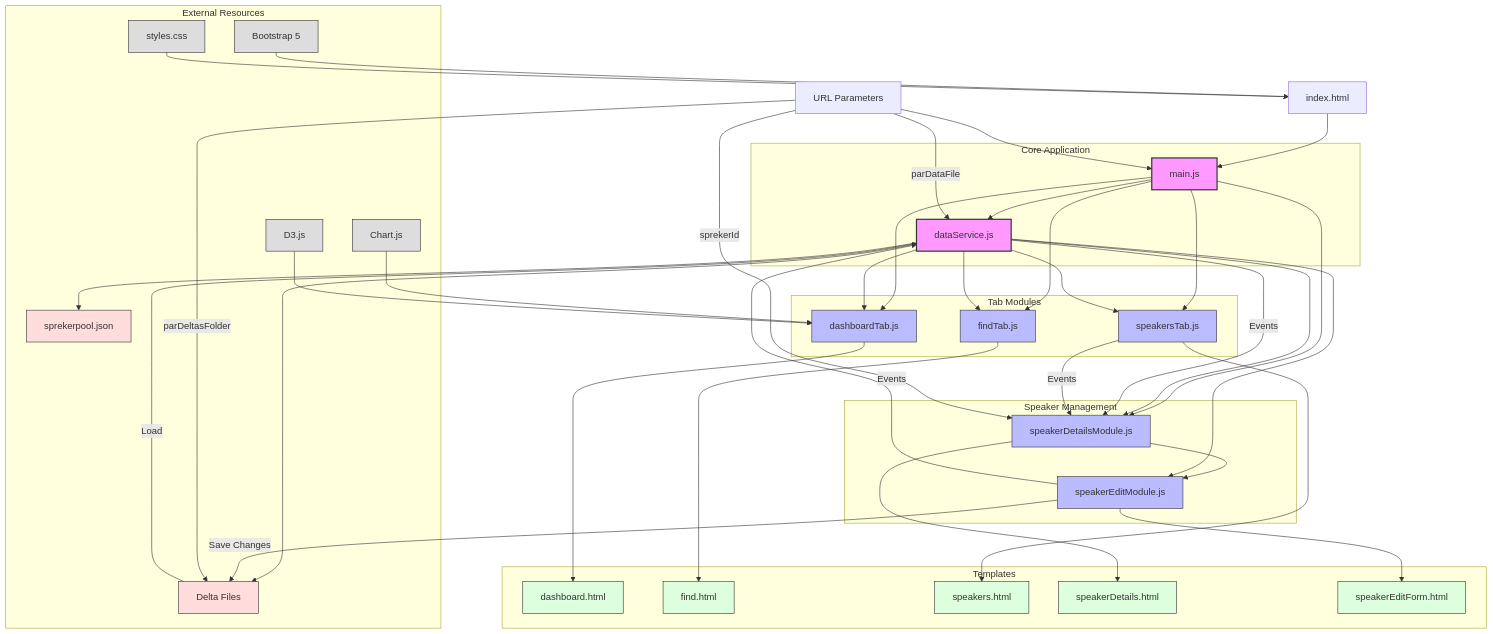
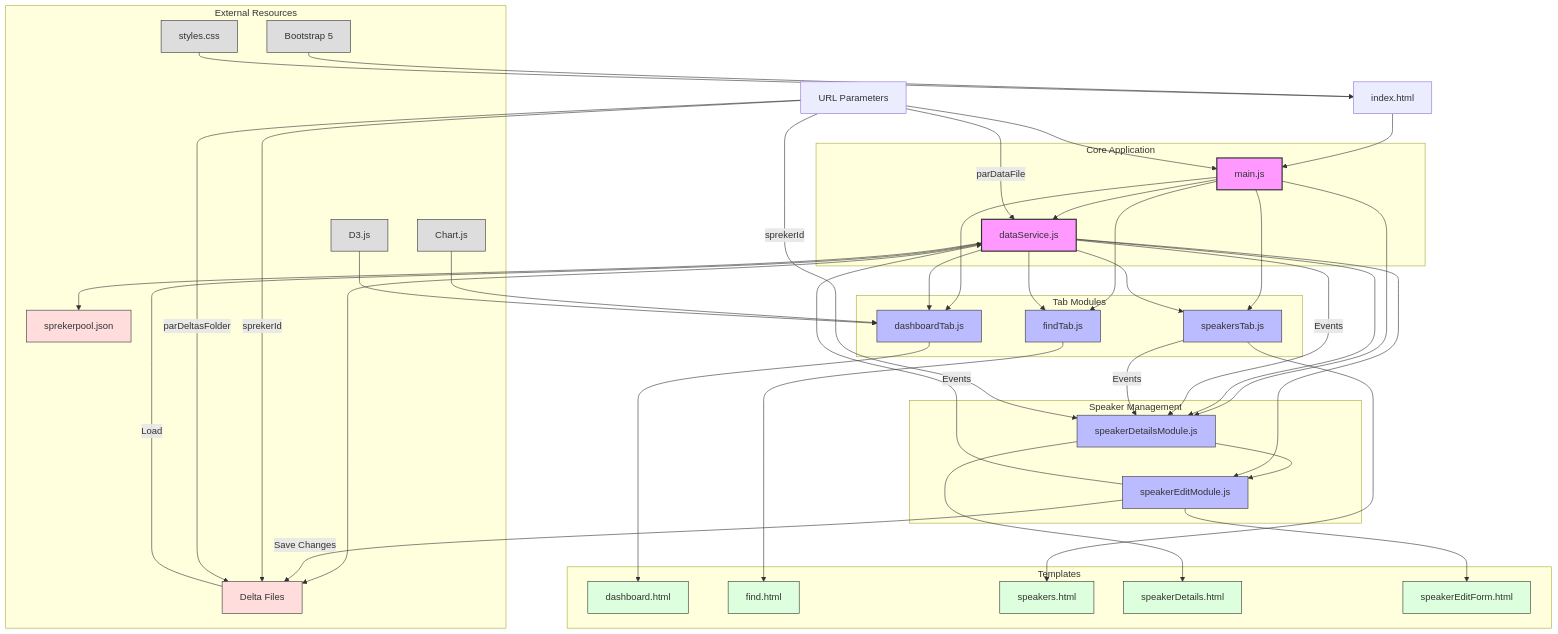
The diagram in architecture.md (lucasjellema/speakerpool-app), drawn with Mermaid before and after one commit. The commit also changed other lines of this file and 5 other files, not shown here.

```diff
--- a/architecture.md
+++ b/architecture.md
@@ -67,6 +67,7 @@
     %% URL Parameters
     M[URL Parameters] --> B
     M -- "sprekerId" --> G
+    M -- "sprekerId" --> O
     M -- "parDataFile" --> C
     M -- "parDeltasFolder" --> O
     
```
